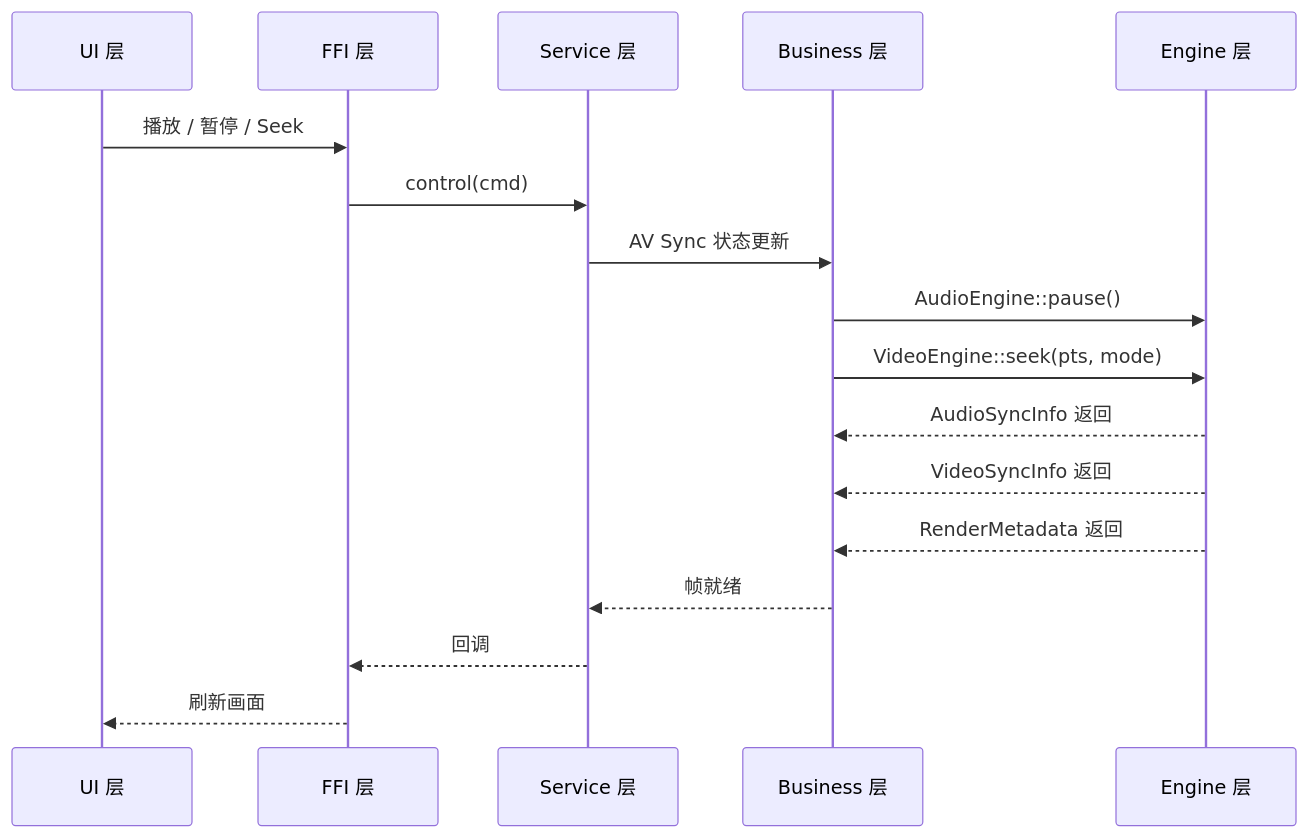
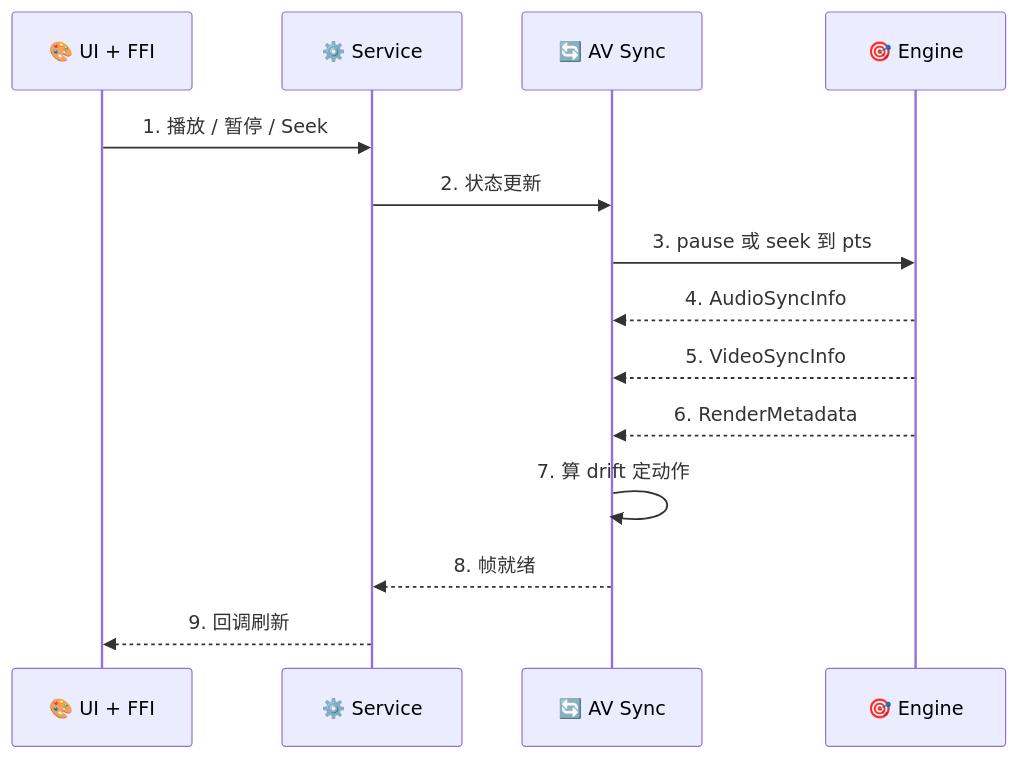
Before and after one commit to xiaofusu123/PrismPlayer: the second of 4 diagrams in docs/markdown/数据流.md, drawn with Mermaid. The commit also changed other lines of this file and 8 other files, not shown here.

````diff
--- a/docs/markdown/数据流.md
+++ b/docs/markdown/数据流.md
@@ -73,22 +73,20 @@
 ```mermaid
 sequenceDiagram
-accTitle: 播放控制指令与回传
-accDescr: 播放、暂停、Seek 指令从 UI 经 FFI、Service 下到 AV Sync 与 Engine，再把帧状态逐层回调
-    participant UI as UI 层
-    participant FFI as FFI 层
-    participant SVC as Service 层
-    participant BIZ as Business 层
-    participant ENG as Engine 层
+    accTitle: 播放控制命令与状态回传
+    accDescr: 播放暂停与 Seek 命令经 Service 进入 AV Sync 状态机，再由它调用 Engine 并把同步信息回传
 
-    UI->>FFI: 播放 / 暂停 / Seek
-    FFI->>SVC: control(cmd)
-    SVC->>BIZ: AV Sync 状态更新
-    BIZ->>ENG: AudioEngine::pause()
-    BIZ->>ENG: VideoEngine::seek(pts, mode)
-    ENG-->>BIZ: AudioSyncInfo 返回
-    ENG-->>BIZ: VideoSyncInfo 返回
-    ENG-->>BIZ: RenderMetadata 返回
-    BIZ-->>SVC: 帧就绪
-    SVC-->>FFI: 回调
-    FFI-->>UI: 刷新画面
+    participant ui as 🎨 UI + FFI
+    participant svc as ⚙️ Service
+    participant biz as 🔄 AV Sync
+    participant eng as 🎯 Engine
+
+    ui->>svc: 1. 播放 / 暂停 / Seek
+    svc->>biz: 2. 状态更新
+    biz->>eng: 3. pause 或 seek 到 pts
+    eng-->>biz: 4. AudioSyncInfo
+    eng-->>biz: 5. VideoSyncInfo
+    eng-->>biz: 6. RenderMetadata
+    biz->>biz: 7. 算 drift 定动作
+    biz-->>svc: 8. 帧就绪
+    svc-->>ui: 9. 回调刷新
 ```
````
